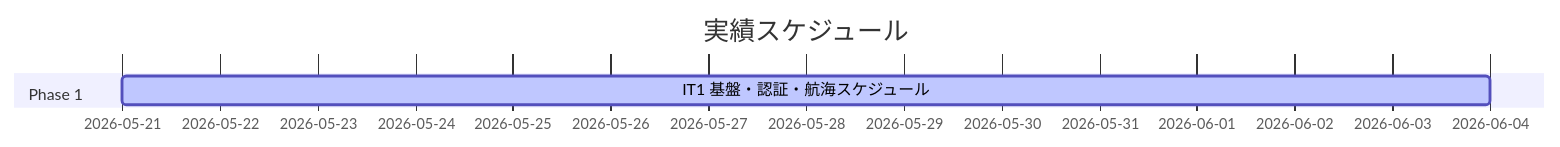
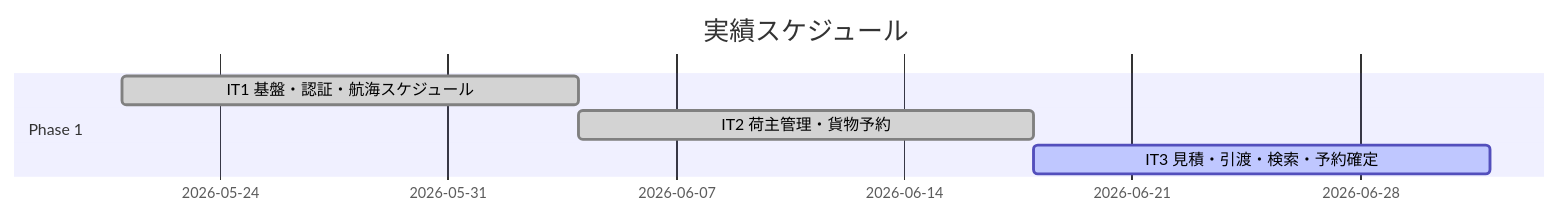
One commit to k2works/case-study-cargo-tracker changed the second of 3 diagrams in docs/development/release_plan.md. Above: the diagram before and after it, drawn with Mermaid. The commit also changed other lines of this file and 4 other files, not shown here.

````diff
--- a/docs/development/release_plan.md
+++ b/docs/development/release_plan.md
@@ -148,7 +148,9 @@
 ```mermaid
 gantt
     title 実績スケジュール
     dateFormat  YYYY-MM-DD
     section Phase 1
-    IT1 基盤・認証・航海スケジュール   :active, a1, 2026-05-21, 14d
+    IT1 基盤・認証・航海スケジュール   :done, a1, 2026-05-21, 14d
+    IT2 荷主管理・貨物予約             :done, a2, after a1, 14d
+    IT3 見積・引渡・検索・予約確定     :active, a3, after a2, 14d
 ```
````
